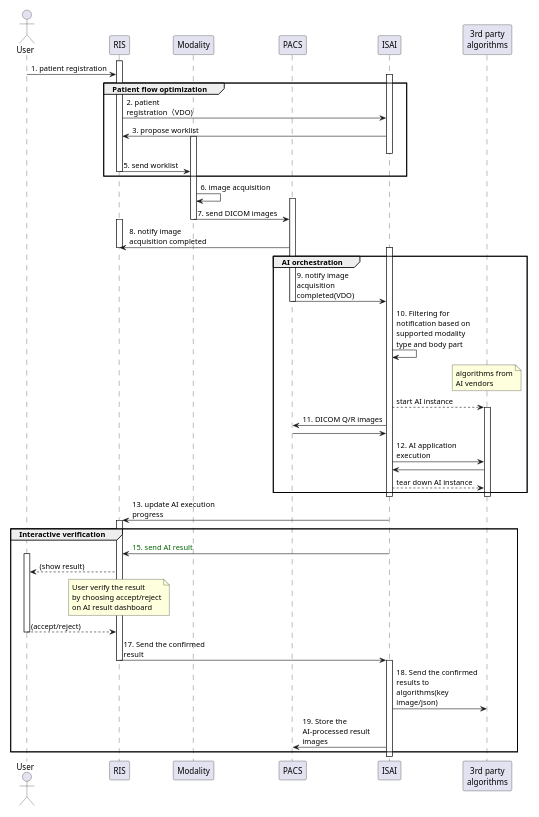
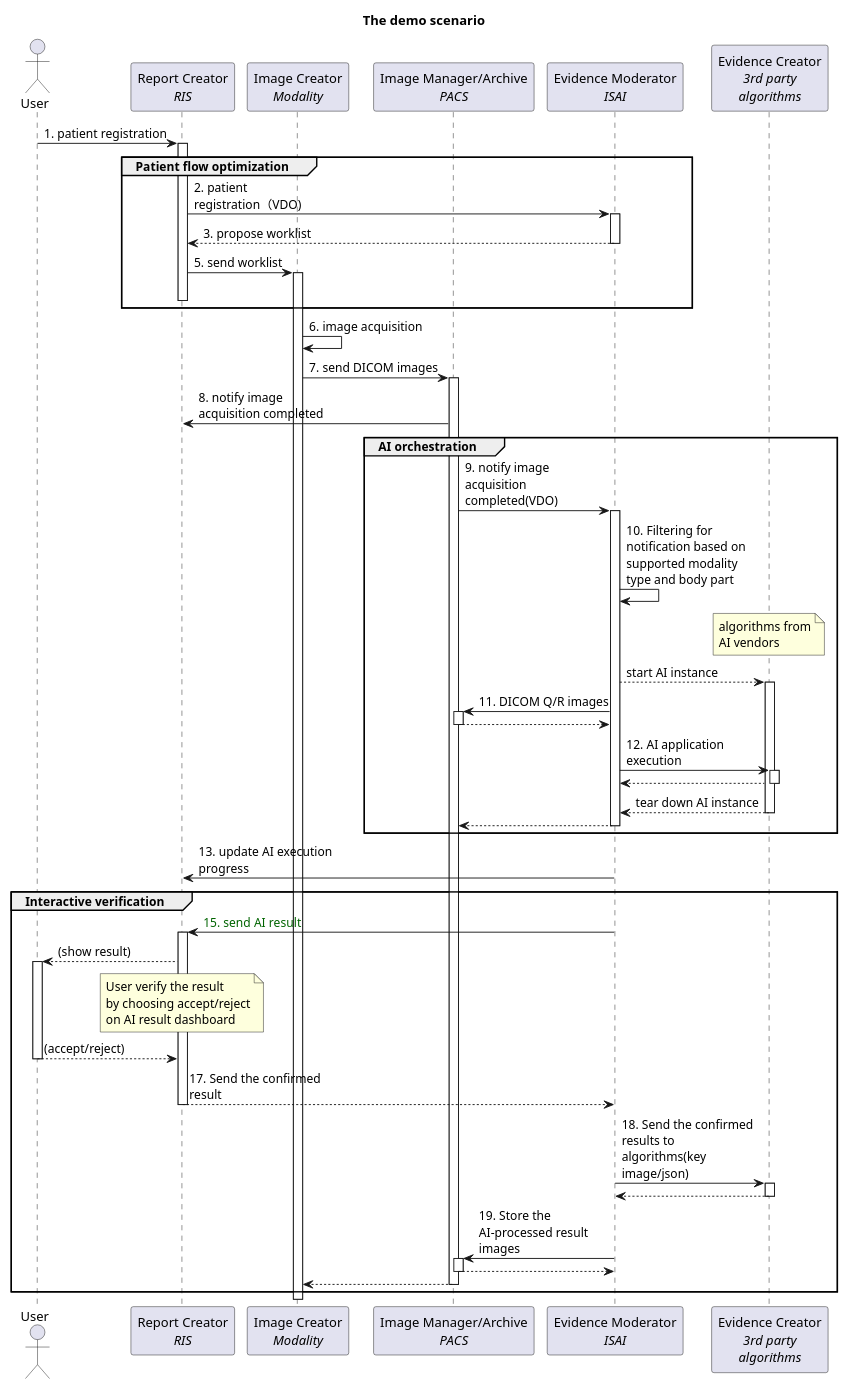
One commit to xmiao/AI.interoperability changed the diagram in input/images-source/uc4.plantuml. Above: the diagram before and after it, drawn with PlantUML.

```diff
--- a/input/images-source/uc4.plantuml
+++ b/input/images-source/uc4.plantuml
@@ -1,71 +1,73 @@
 @startuml
+title "The demo scenario"
 skinparam maxMessageSize 150
-scale 500 width
+scale 800 width
+
+'/*
+'优先级和参与者有关。
+'Actors:
+'----------
+'Report Creator ?
+'Report Reader ?
+'Rendered Report Reader ?
+'Report Repository ?
+'Image Manager/Image Archive
+'Image Display
+'Image Display Invoker
+'Evidence Creator
+'Evidence Moderator ? <- ISAI
+'*/
 
 actor "User" as U
-participant "RIS" as R
-participant "Modality" as M
-participant "PACS" as P
-participant "ISAI" as I
-participant "3rd party\nalgorithms" as S
+participant "Report Creator\n//RIS//" as R
+participant "Image Creator\n//Modality//" as M
+participant "Image Manager/Archive\n//PACS//" as P
+participant "Evidence Moderator\n//ISAI//" as I
+participant "Evidence Creator\n//3rd party//\n//algorithms//" as S
 
-activate R
-U -> R: 1. patient registration
-activate I
+U -> R++: 1. patient registration
 group Patient flow optimization
-R -> I: 2. patient registration（VDO)
-R <- I: 3. propose worklist
-activate M
-deactivate I
-R -> M: 5. send worklist
+R -> I++: 2. patient registration（VDO)
+return 3. propose worklist
+R -> M++: 5. send worklist
 deactivate R
 end
 
 M -> M: 6. image acquisition
-activate P
-M -> P: 7. send DICOM images
-deactivate M
-activate R
+M -> P++: 7. send DICOM images
 P -> R: 8. notify image acquisition completed
-deactivate R
 group AI orchestration
-activate I
-P -> I: 9. notify image acquisition completed(VDO)
-deactivate P
+P -> I++: 9. notify image acquisition completed(VDO)
 
 I -> I: 10. Filtering for notification based on supported modality type and body part
 note over S
 algorithms from
 AI vendors
 end note
-I --> S: start AI instance
-activate S
-P <- I: 11. DICOM Q/R images
-P -> I:
-I -> S: 12. AI application execution
-I <- S:
-I --> S: tear down AI instance
+I --> S++: start AI instance
+I -> P++: 11. DICOM Q/R images
+return
+I -> S++: 12. AI application execution
+return
+return tear down AI instance
+return
 end
-deactivate S
-deactivate I
 I -> R: 13. update AI execution progress
 
 group Interactive verification
-activate R
-I -> R: <font color="darkgreen">15. send AI result
-activate U
-R --> U: (show result)
+I -> R++: <font color="darkgreen">15. send AI result
+R --> U++: (show result)
 note over R
 User verify the result
 by choosing accept/reject
 on AI result dashboard
 end note
-U --> R: (accept/reject)
-deactivate U
-R -> I: 17. Send the confirmed result
-deactivate R
-activate I
-I -> S: 18. Send the confirmed results to algorithms(key image/json)
-I -> P: 19. Store the AI-processed result images
+return (accept/reject)
+return 17. Send the confirmed result
+I -> S++: 18. Send the confirmed results to algorithms(key image/json)
+return
+I -> P++: 19. Store the AI-processed result images
+return
+return
 end
 @enduml
```
